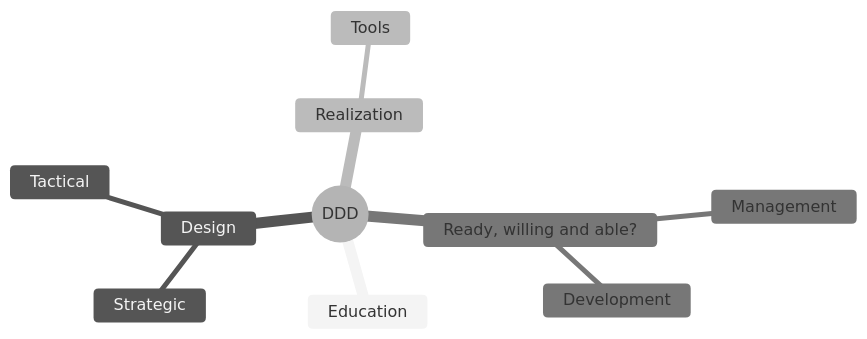
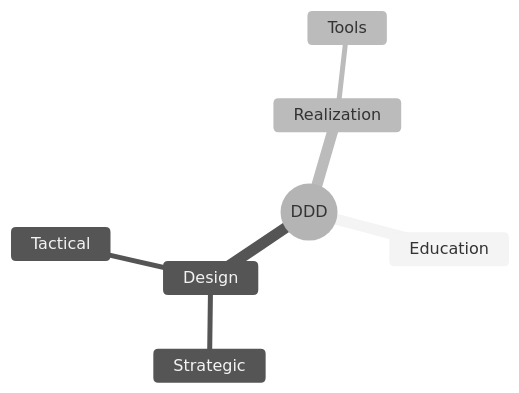
The second of 3 diagrams in README.md (saojug/DDD), drawn with Mermaid (neutral theme) before and after one commit. The commit also changed other lines of this file, not shown here.

````diff
--- a/README.md
+++ b/README.md
@@ -15,13 +14,10 @@
 ```mermaid
 mindmap
   root((DDD))
     Education
     Design
       Strategic
       Tactical
     Realization
       Tools
-    Ready, willing and able?
-      Management
-      Development
 ```
````
